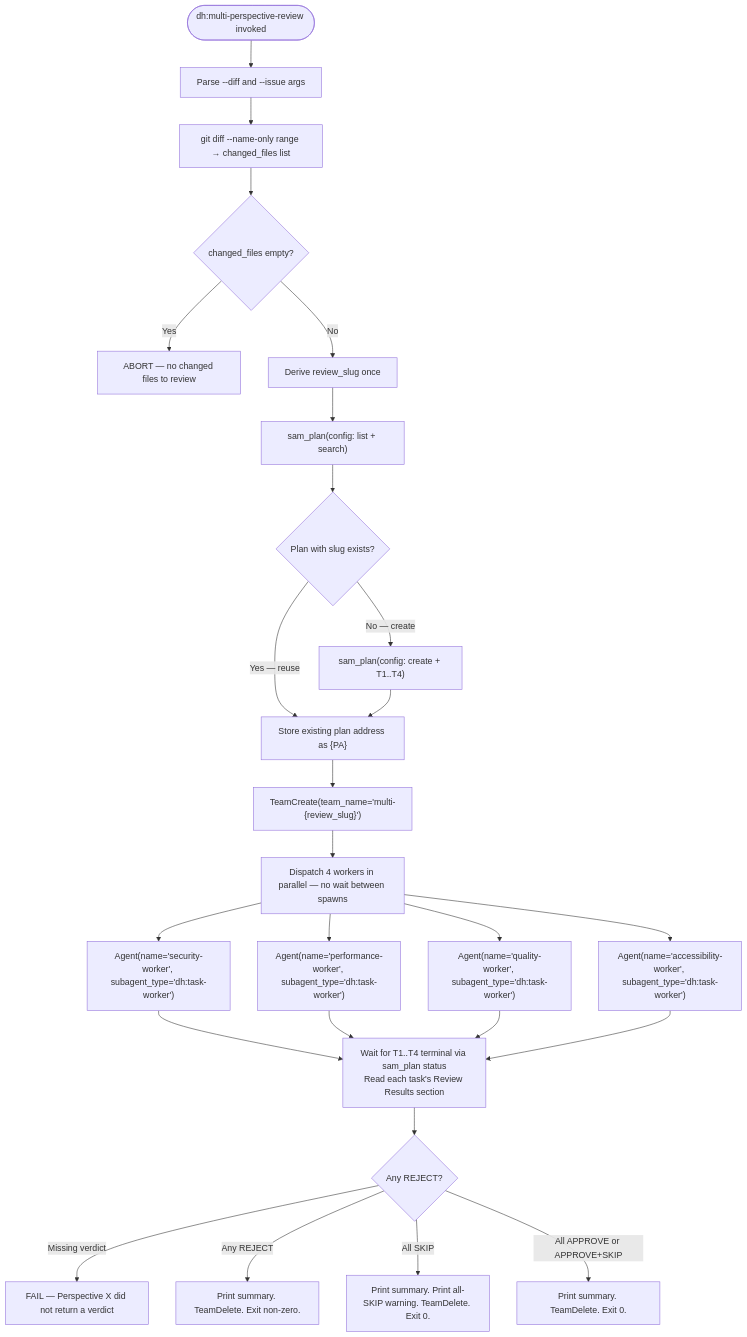
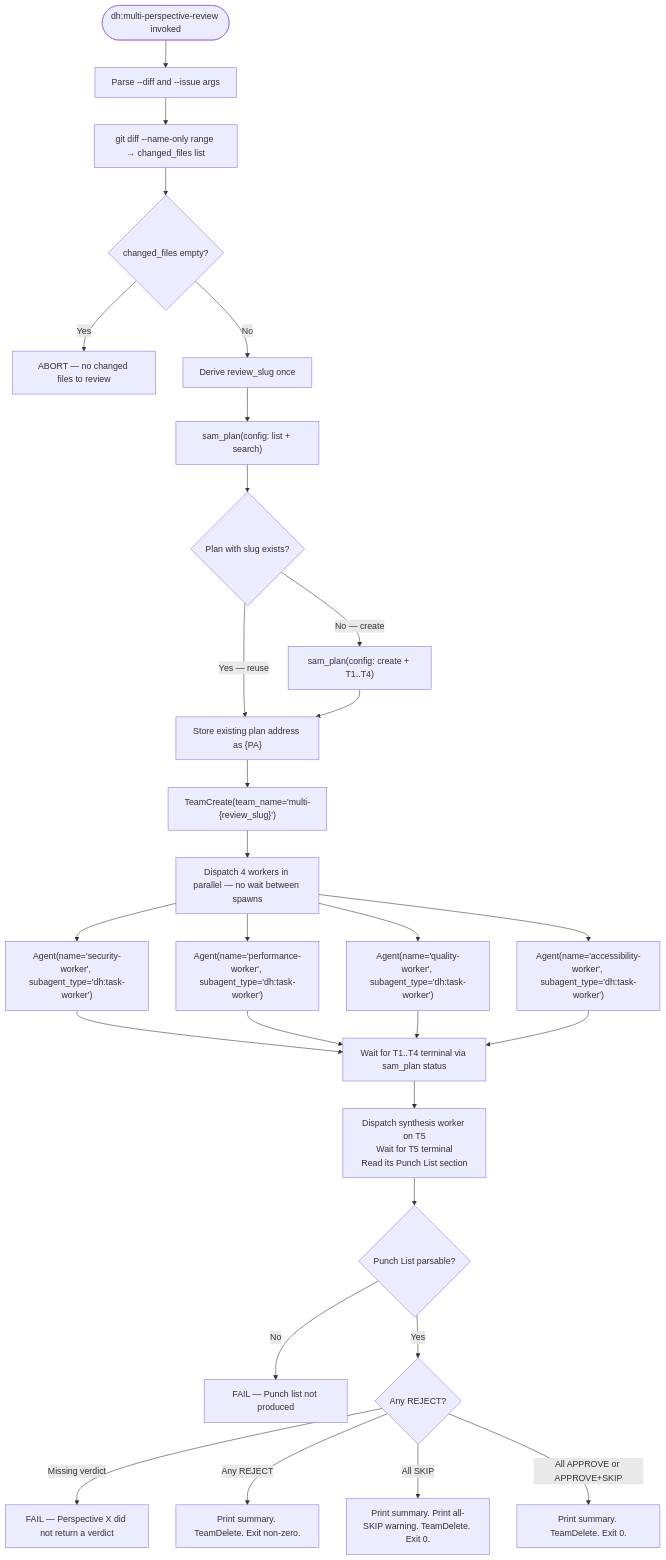
The diagram in plugins/development-harness/skills/multi-perspective-review/SKILL.md (Jamie-BitFlight/claude_skills), drawn with Mermaid before and after one commit. The commit also changed other lines of this file and 7 other files, not shown here.

````diff
--- a/plugins/development-harness/skills/multi-perspective-review/SKILL.md
+++ b/plugins/development-harness/skills/multi-perspective-review/SKILL.md
@@ -330,28 +355,31 @@
 ```mermaid
 flowchart TD
     Start([dh:multi-perspective-review invoked]) --> Parse[Parse --diff and --issue args]
     Parse --> Files["git diff --name-only range → changed_files list"]
     Files --> Empty{changed_files empty?}
     Empty -->|Yes| Abort[ABORT — no changed files to review]
     Empty -->|No| Slug[Derive review_slug once]
     Slug --> CheckPlan["sam_plan(config: list + search)"]
     CheckPlan --> PlanExists{Plan with slug exists?}
     PlanExists -->|Yes — reuse| PlanAddr["Store existing plan address as {PA}"]
     PlanExists -->|No — create| CreatePlan["sam_plan(config: create + T1..T4)"]
     CreatePlan --> PlanAddr
     PlanAddr --> Team["TeamCreate(team_name='multi-{review_slug}')"]
     Team --> Parallel[Dispatch 4 workers in parallel — no wait between spawns]
     Parallel --> W1["Agent(name='security-worker', subagent_type='dh:task-worker')"]
     Parallel --> W2["Agent(name='performance-worker', subagent_type='dh:task-worker')"]
     Parallel --> W3["Agent(name='quality-worker', subagent_type='dh:task-worker')"]
     Parallel --> W4["Agent(name='accessibility-worker', subagent_type='dh:task-worker')"]
-    W1 --> Collect["Wait for T1..T4 terminal via sam_plan status<br>Read each task's Review Results section"]
+    W1 --> Collect["Wait for T1..T4 terminal via sam_plan status"]
     W2 --> Collect
     W3 --> Collect
     W4 --> Collect
-    Collect --> Gate{Any REJECT?}
+    Collect --> Synth["Dispatch synthesis worker on T5<br>Wait for T5 terminal<br>Read its Punch List section"]
+    Synth --> NoList{Punch List parsable?}
+    NoList -->|No| FailSynth[FAIL — Punch list not produced]
+    NoList -->|Yes| Gate{Any REJECT?}
     Gate -->|Missing verdict| Fail[FAIL — Perspective X did not return a verdict]
     Gate -->|Any REJECT| Fail2[Print summary. TeamDelete. Exit non-zero.]
     Gate -->|All SKIP| Warn[Print summary. Print all-SKIP warning. TeamDelete. Exit 0.]
     Gate -->|All APPROVE or APPROVE+SKIP| Pass[Print summary. TeamDelete. Exit 0.]
 ```
````
